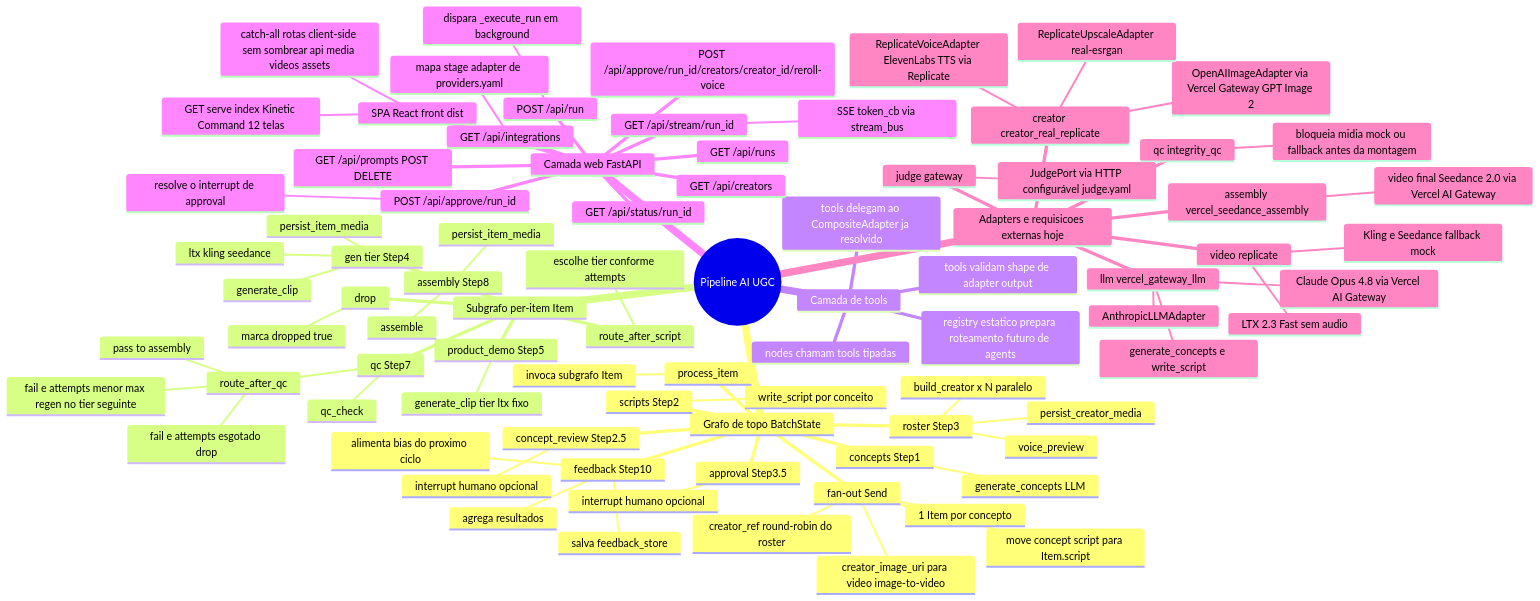
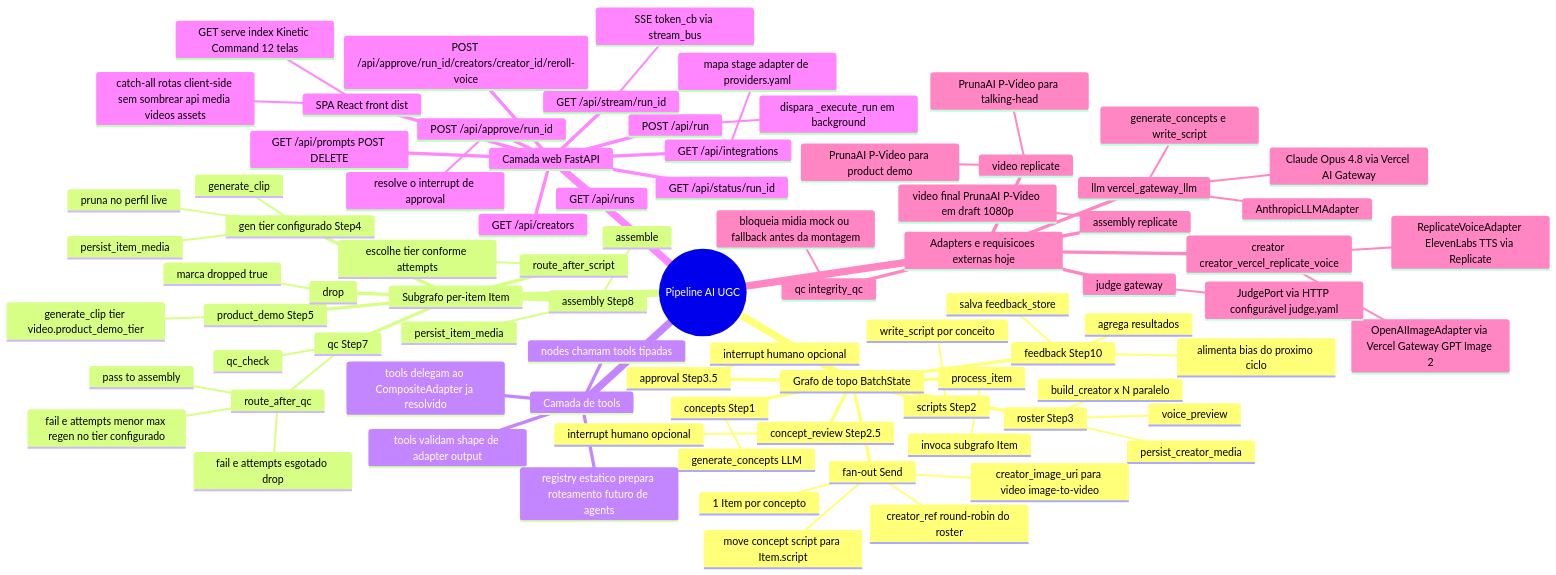
One commit to Lazaroenrico/video-orchestration-ai changed the first of 2 diagrams in docs/FLOW_MINDMAP.md. Above: the diagram before and after it, drawn with Mermaid. The commit also changed other lines of this file and 7 other files, not shown here.

Commit message:
docs: update system design, architecture decisions, and progress logs

````diff
--- a/docs/FLOW_MINDMAP.md
+++ b/docs/FLOW_MINDMAP.md
@@ -36,17 +36,17 @@
     Subgrafo per-item Item
       route_after_script
         escolhe tier conforme attempts
-      gen tier Step4
-        ltx kling seedance
+      gen tier configurado Step4
+        pruna no perfil live
         generate_clip
         persist_item_media
       product_demo Step5
-        generate_clip tier ltx fixo
+        generate_clip tier video.product_demo_tier
       qc Step7
         qc_check
         route_after_qc
           pass to assembly
-          fail e attempts menor max regen no tier seguinte
+          fail e attempts menor max regen no tier configurado
           fail e attempts esgotado drop
       assembly Step8
         assemble
@@ -80,17 +80,16 @@
         AnthropicLLMAdapter
         Claude Opus 4.8 via Vercel AI Gateway
         generate_concepts e write_script
-      creator creator_real_replicate
+      creator creator_vercel_replicate_voice
         OpenAIImageAdapter via Vercel Gateway GPT Image 2
-        ReplicateUpscaleAdapter real-esrgan
         ReplicateVoiceAdapter ElevenLabs TTS via Replicate
       video replicate
-        LTX 2.3 Fast sem audio
-        Kling e Seedance fallback mock
+        PrunaAI P-Video para talking-head
+        PrunaAI P-Video para product demo
       qc integrity_qc
         bloqueia midia mock ou fallback antes da montagem
-      assembly vercel_seedance_assembly
-        video final Seedance 2.0 via Vercel AI Gateway
+      assembly replicate
+        video final PrunaAI P-Video em draft 1080p
       judge gateway
         JudgePort via HTTP configurável judge.yaml
 ```
````
